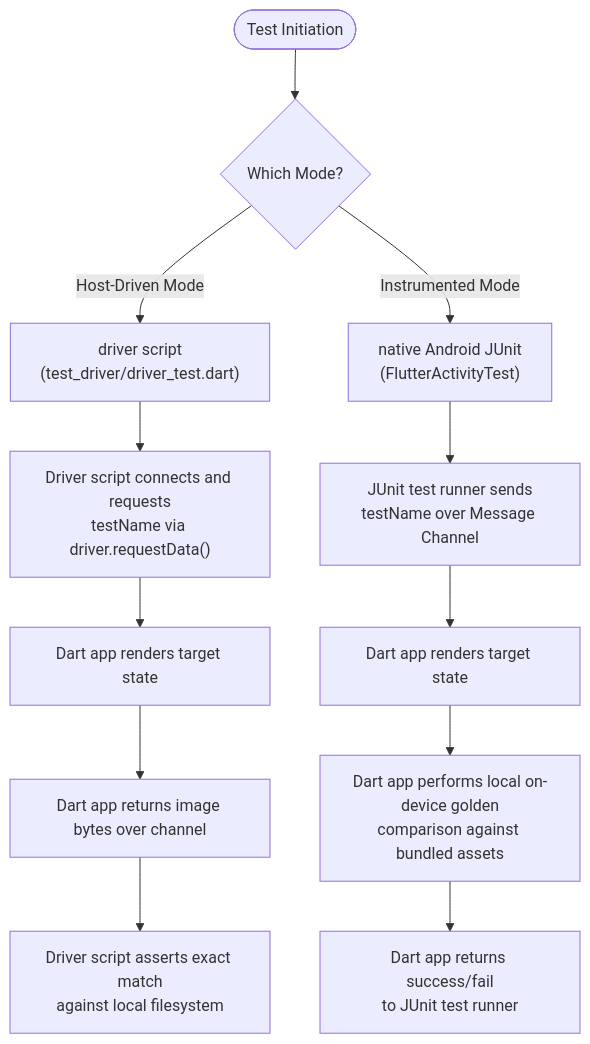
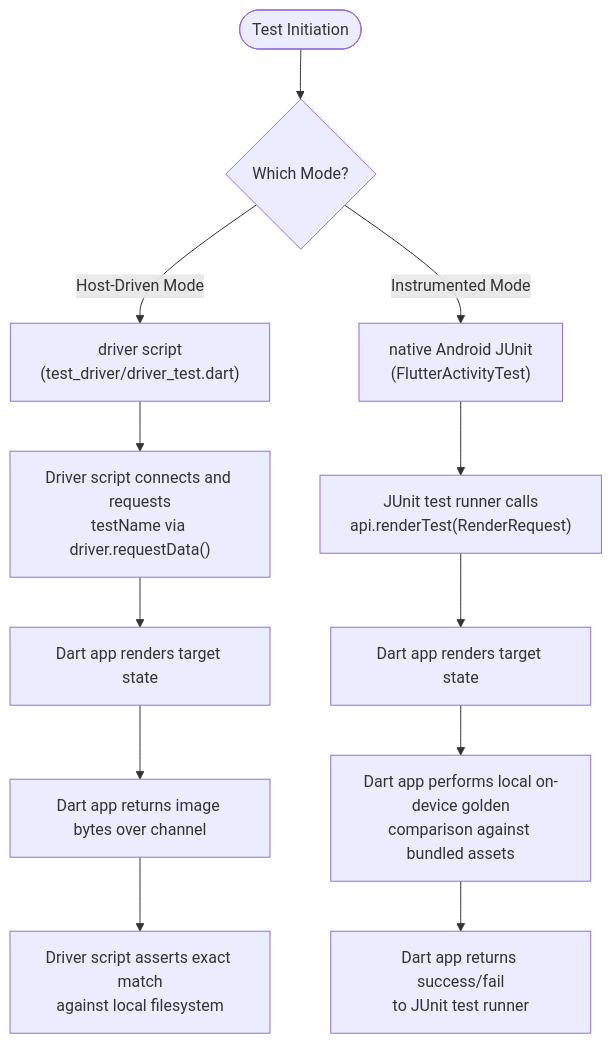
Before and after one commit to flutter/flutter: the first of 2 diagrams in dev/integration_tests/android_hardware_smoke_test/README.md, drawn with Mermaid. The commit also changed other lines of this file and 20 other files, not shown here.

Commit message:
Use package pigeon to replace manual message channel communication with a type-safe generated API

````diff
--- a/dev/integration_tests/android_hardware_smoke_test/README.md
+++ b/dev/integration_tests/android_hardware_smoke_test/README.md
@@ -39,19 +39,19 @@
 ```mermaid
 flowchart TD
     TestInit(["Test Initiation"]) --> Mode{"Which Mode?"}
 
     Mode -->|"Host-Driven Mode"| HostScript["driver script<br/>(test_driver/driver_test.dart)"]
     Mode -->|"Instrumented Mode"| JUnit["native Android JUnit<br/>(FlutterActivityTest)"]
 
     HostScript --> RequestData["Driver script connects and requests<br/>testName via driver.requestData()"]
-    JUnit --> SendMessage["JUnit test runner sends<br/>testName over Message Channel"]
+    JUnit --> SendMessage["JUnit test runner calls<br/>api.renderTest(RenderRequest)"]
 
     RequestData --> RenderHost["Dart app renders target state"]
     SendMessage --> RenderDevice["Dart app renders target state"]
 
     RenderHost --> HostRender["Dart app returns image bytes over channel"]
     RenderDevice --> OnDeviceCompare["Dart app performs local on-device golden<br/>comparison against bundled assets"]
 
     HostRender --> CompareHost["Driver script asserts exact match<br/>against local filesystem"]
     OnDeviceCompare --> Report["Dart app returns success/fail<br/>to JUnit test runner"]
 ```
````
